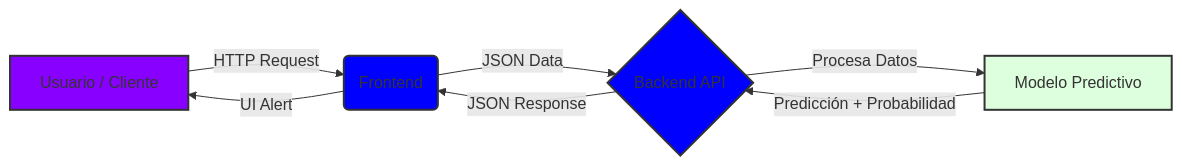
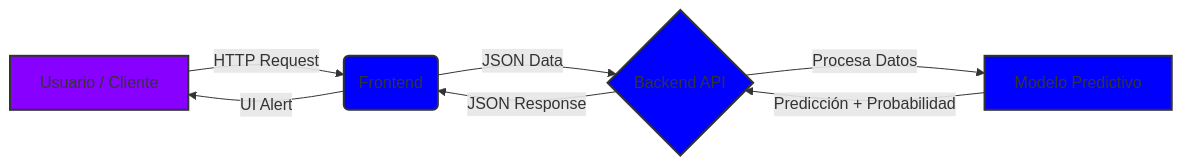
Before and after one commit to educhile1/FlightOnTime_H12-25-L-Equipo-75: the diagram in README.md, drawn with Mermaid.

````diff
--- a/README.md
+++ b/README.md
@@ -75,14 +75,14 @@
 ```mermaid
 graph LR
     A[Usuario / Cliente] -- HTTP Request --> B(Frontend)
     B -- JSON Data --> C{Backend API}
     C -- Procesa Datos --> D[Modelo Predictivo]
     D -- Predicción + Probabilidad --> C
     C -- JSON Response --> B
     B -- UI Alert --> A
     
     style A fill:#80f,stroke:#333,stroke-width:2px
     style B fill:#00f,stroke:#333,stroke-width:2px
     style C fill:#00f,stroke:#333,stroke-width:2px
-    style D fill:#dfd,stroke:#333,stroke-width:2px
+    style D fill:#00f,stroke:#333,stroke-width:2px
 ```
````
